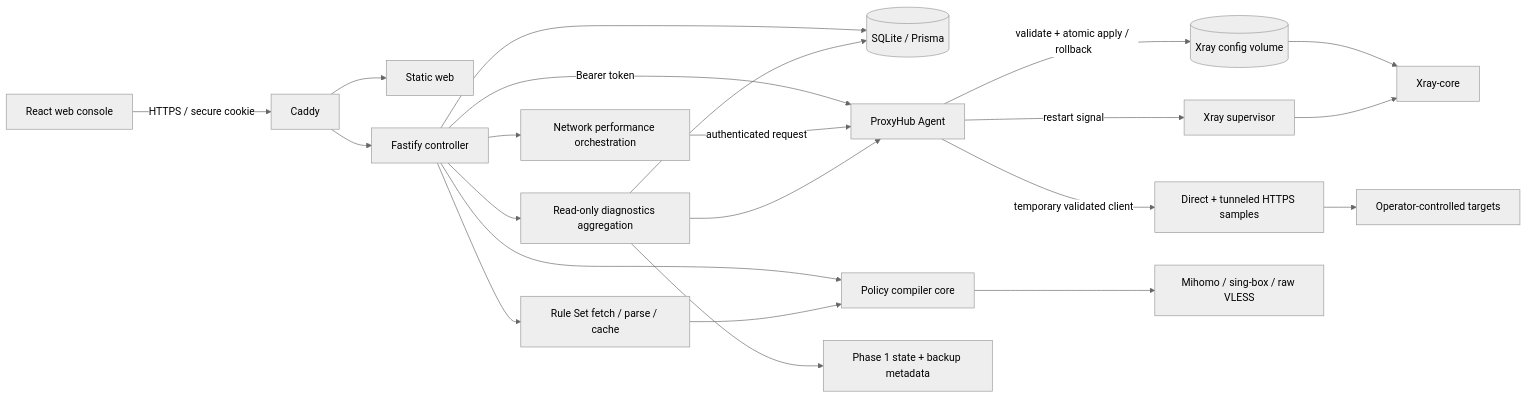
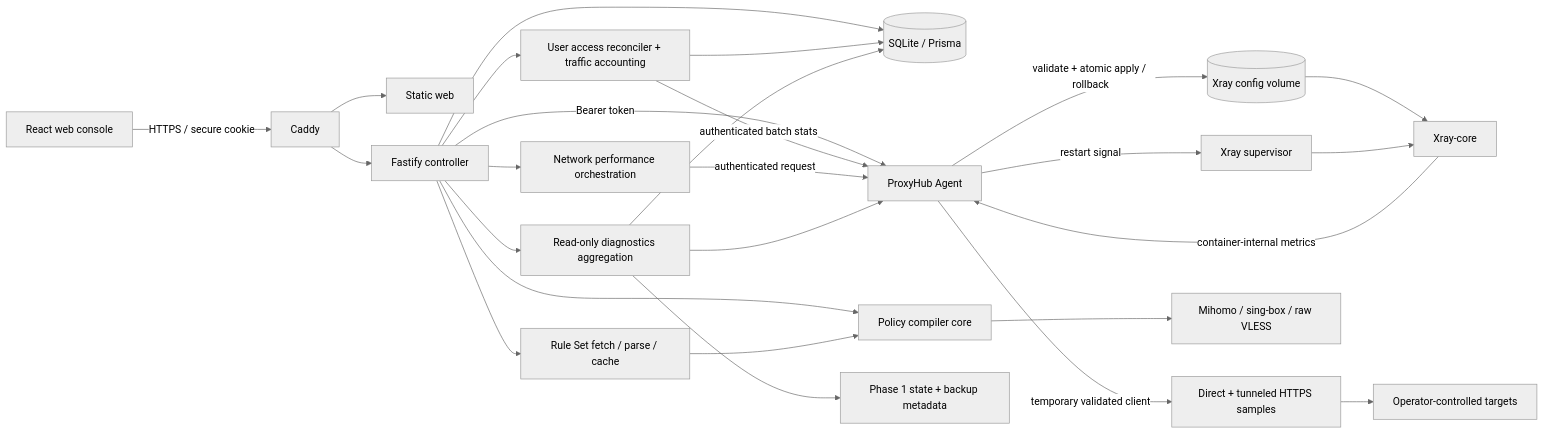
Before and after one commit to TNMMDLA/ProxyHub: the diagram in README.md, drawn with Mermaid (neutral theme). The commit also changed other lines of this file and 8 other files, not shown here.

````diff
--- a/README.md
+++ b/README.md
@@ -58,24 +62,28 @@
 ```mermaid
 flowchart LR
   Browser["React web console"] -->|HTTPS / secure cookie| Caddy
   Caddy --> Web["Static web"]
   Caddy --> API["Fastify controller"]
   API --> DB[("SQLite / Prisma")]
   API -->|Bearer token| Agent["ProxyHub Agent"]
   Agent -->|validate + atomic apply / rollback| Config[("Xray config volume")]
   Agent -->|restart signal| Supervisor["Xray supervisor"]
+  Xray -->|container-internal metrics| Agent
+  API --> Users["User access reconciler + traffic accounting"]
+  Users --> DB
+  Users -->|authenticated batch stats| Agent
   Config --> Xray["Xray-core"]
   Supervisor --> Xray
   API --> Policy["Policy compiler core"]
   API --> Rules["Rule Set fetch / parse / cache"]
   API --> Diagnostics["Read-only diagnostics aggregation"]
   API --> Performance["Network performance orchestration"]
   Performance -->|authenticated request| Agent
   Agent -->|temporary validated client| Benchmark["Direct + tunneled HTTPS samples"]
   Benchmark --> Targets["Operator-controlled targets"]
   Diagnostics --> Agent
   Diagnostics --> DB
   Diagnostics --> Ops["Phase 1 state + backup metadata"]
   Rules --> Policy
   Policy --> Sub["Mihomo / sing-box / raw VLESS"]
 ```
````
